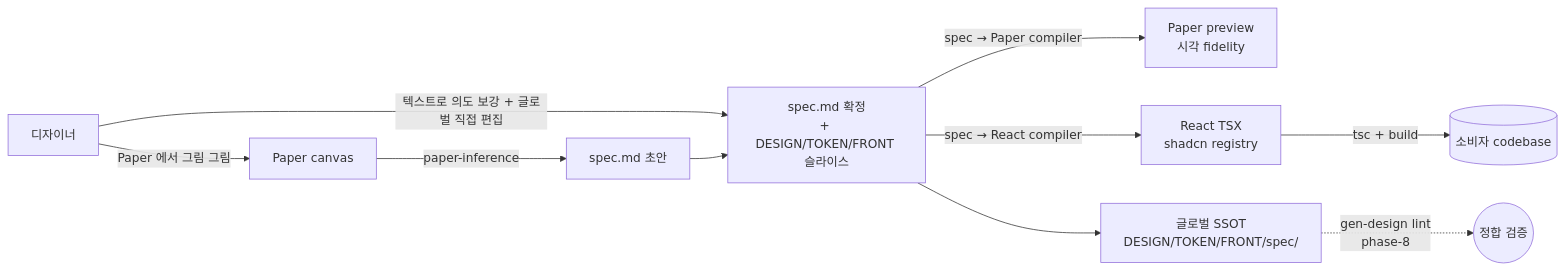
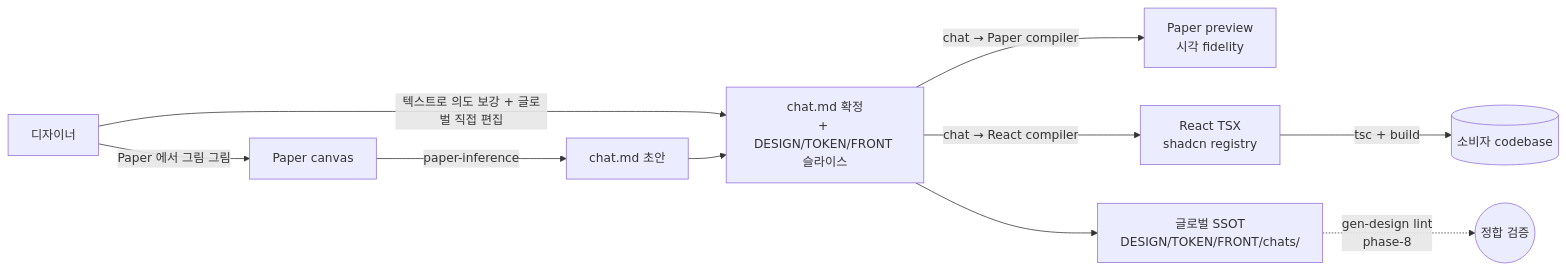
Before and after one commit to Changsik00/gen-design: the diagram in docs/handbook.md, drawn with Mermaid. The commit also changed other lines of this file, not shown here.

First line of the commit message:
docs(spec-08-01): vocabulary substitution spec → chat in handbook + README

````diff
--- a/docs/handbook.md
+++ b/docs/handbook.md
@@ -16,12 +18,12 @@
 ```mermaid
 flowchart LR
   D[디자이너] -->|Paper 에서 그림 그림| P[Paper canvas]
-  P -->|paper-inference| S1[spec.md 초안]
-  D -->|텍스트로 의도 보강 + 글로벌 직접 편집| S2[spec.md 확정<br/>+ DESIGN/TOKEN/FRONT 슬라이스]
+  P -->|paper-inference| S1[chat.md 초안]
+  D -->|텍스트로 의도 보강 + 글로벌 직접 편집| S2[chat.md 확정<br/>+ DESIGN/TOKEN/FRONT 슬라이스]
   S1 --> S2
-  S2 -->|spec → Paper compiler| P2[Paper preview<br/>시각 fidelity]
-  S2 -->|spec → React compiler| R[React TSX<br/>shadcn registry]
-  S2 --> G[글로벌 SSOT<br/>DESIGN/TOKEN/FRONT/spec/]
+  S2 -->|chat → Paper compiler| P2[Paper preview<br/>시각 fidelity]
+  S2 -->|chat → React compiler| R[React TSX<br/>shadcn registry]
+  S2 --> G[글로벌 SSOT<br/>DESIGN/TOKEN/FRONT/chats/]
   G -.->|gen-design lint<br/>phase-8| L((정합 검증))
   R -->|tsc + build| C[(소비자 codebase)]
 ```
````
